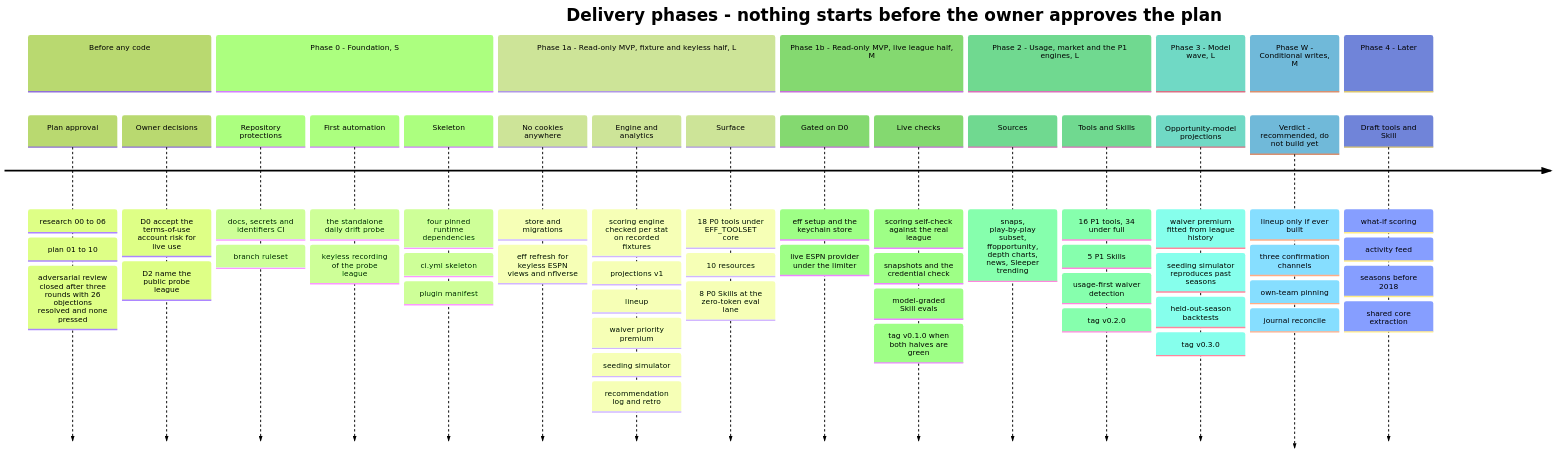
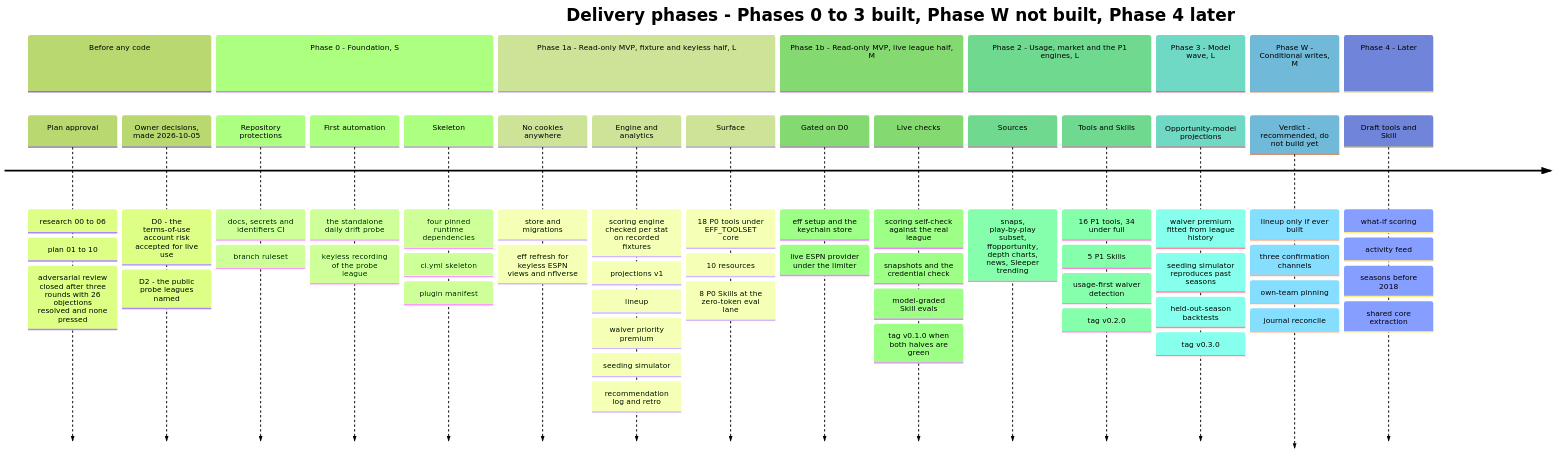
One commit to ChadPapineau/espn-fantasy-football-mcp changed the eighth of 8 diagrams in README.md. Above: the diagram before and after it, drawn with Mermaid (forest theme). The commit also changed other lines of this file and 2 other files, not shown here.

````diff
--- a/README.md
+++ b/README.md
@@ -595,28 +595,28 @@
 ```mermaid
-%% 8. Roadmap - phases, not dates. Effort scale from the plan - S is days, M is 1 to 3 weeks, L is 4 to 8 weeks
+%% 8. Roadmap - phases, not dates. Effort scale from plan 10, recalibrated 2026-10-05 - S is hours, M is a build session, L is one to two build sessions
 timeline
-    title Delivery phases - nothing starts before the owner approves the plan
+    title Delivery phases - Phases 0 to 3 built, Phase W not built, Phase 4 later
     section Before any code
         Plan approval : research 00 to 06 : plan 01 to 10 : adversarial review closed after three rounds with 26 objections resolved and none pressed
-        Owner decisions : D0 accept the terms-of-use account risk for live use : D2 name the public probe league
+        Owner decisions, made 2026-10-05 : D0 - the terms-of-use account risk accepted for live use : D2 - the public probe leagues named
     section Phase 0 - Foundation, S
         Repository protections : docs, secrets and identifiers CI : branch ruleset
         First automation : the standalone daily drift probe : keyless recording of the probe league
         Skeleton : four pinned runtime dependencies : ci.yml skeleton : plugin manifest
     section Phase 1a - Read-only MVP, fixture and keyless half, L
         No cookies anywhere : store and migrations : eff refresh for keyless ESPN views and nflverse
         Engine and analytics : scoring engine checked per stat on recorded fixtures : projections v1 : lineup : waiver priority premium : seeding simulator : recommendation log and retro
         Surface : 18 P0 tools under EFF_TOOLSET core : 10 resources : 8 P0 Skills at the zero-token eval lane
     section Phase 1b - Read-only MVP, live league half, M
         Gated on D0 : eff setup and the keychain store : live ESPN provider under the limiter
         Live checks : scoring self-check against the real league : snapshots and the credential check : model-graded Skill evals : tag v0.1.0 when both halves are green
     section Phase 2 - Usage, market and the P1 engines, L
         Sources : snaps, play-by-play subset, ffopportunity, depth charts, news, Sleeper trending
         Tools and Skills : 16 P1 tools, 34 under full : 5 P1 Skills : usage-first waiver detection : tag v0.2.0
     section Phase 3 - Model wave, L
         Opportunity-model projections : waiver premium fitted from league history : seeding simulator reproduces past seasons : held-out-season backtests : tag v0.3.0
     section Phase W - Conditional writes, M
         Verdict - recommended, do not build yet : lineup only if ever built : three confirmation channels : own-team pinning : journal reconcile
     section Phase 4 - Later
         Draft tools and Skill : what-if scoring : activity feed : seasons before 2018 : shared core extraction
 ```
````
